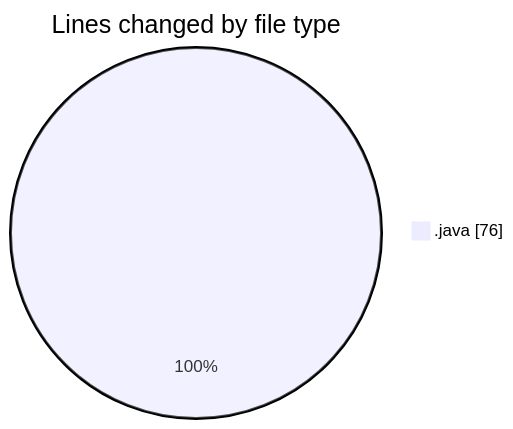
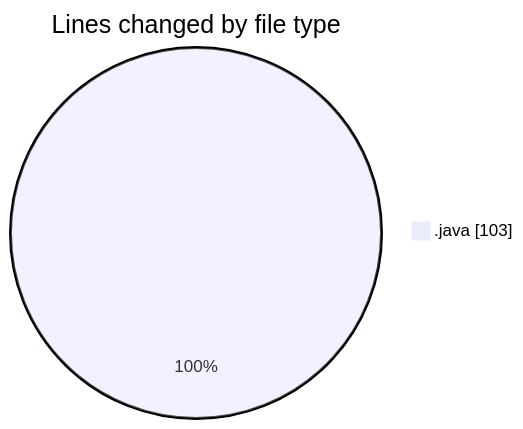
The first of 2 diagrams in 2025-02-20/coding_prac_6/README.md (NitaiMahat/code-tracking), drawn with Mermaid before and after one commit. The commit also changed other lines of this file and 1 other file, not shown here.

````diff
--- a/2025-02-20/coding_prac_6/README.md
+++ b/2025-02-20/coding_prac_6/README.md
@@ -22,5 +23,5 @@
 ```mermaid
 pie showData
 title Lines changed by file type
-".java" : 76
+".java" : 103
 ```
````
